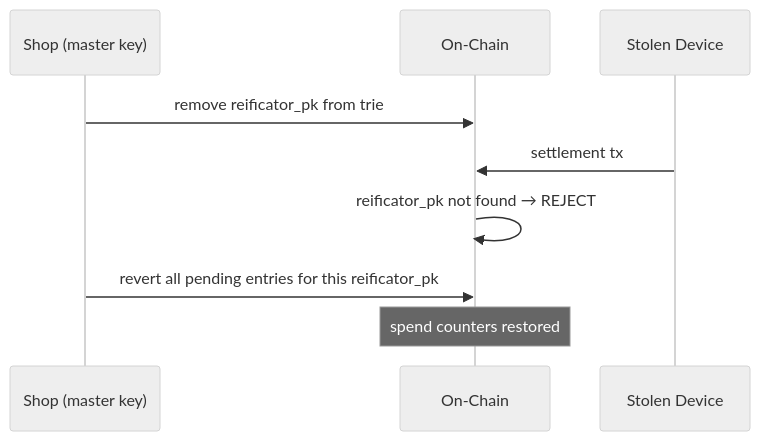
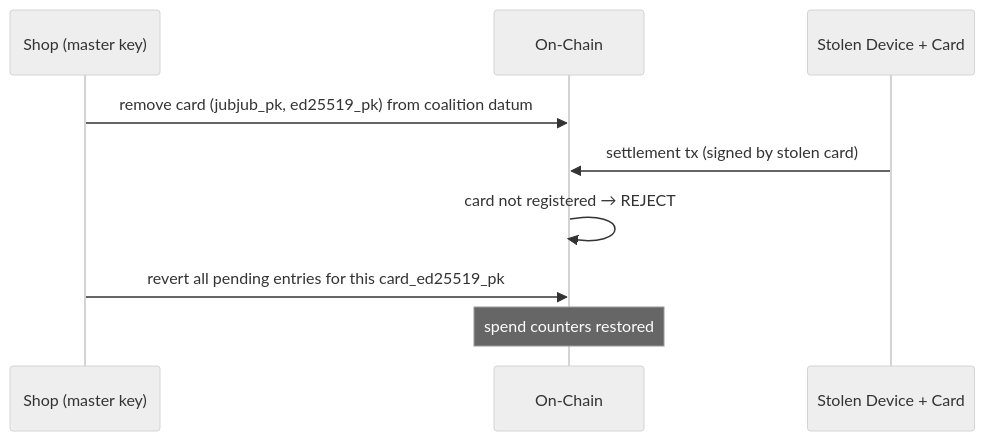
The third of 4 diagrams in docs/protocol/security.md (lambdasistemi/harvest), drawn with Mermaid (neutral theme) before and after one commit. The commit also changed other lines of this file and 9 other files, not shown here.

First line of the commit message:
docs: update all specs and protocol docs for card-based identity model

````diff
--- a/docs/protocol/security.md
+++ b/docs/protocol/security.md
@@ -109,12 +116,12 @@
 ```mermaid
 sequenceDiagram
     participant S as Shop (master key)
     participant L1 as On-Chain
-    participant THIEF as Stolen Device
+    participant THIEF as Stolen Device + Card
 
-    S->>L1: remove reificator_pk from trie
-    THIEF->>L1: settlement tx
-    L1->>L1: reificator_pk not found → REJECT
-    S->>L1: revert all pending entries for this reificator_pk
+    S->>L1: remove card (jubjub_pk, ed25519_pk) from coalition datum
+    THIEF->>L1: settlement tx (signed by stolen card)
+    L1->>L1: card not registered → REJECT
+    S->>L1: revert all pending entries for this card_ed25519_pk
     Note over L1: spend counters restored
 ```
````
